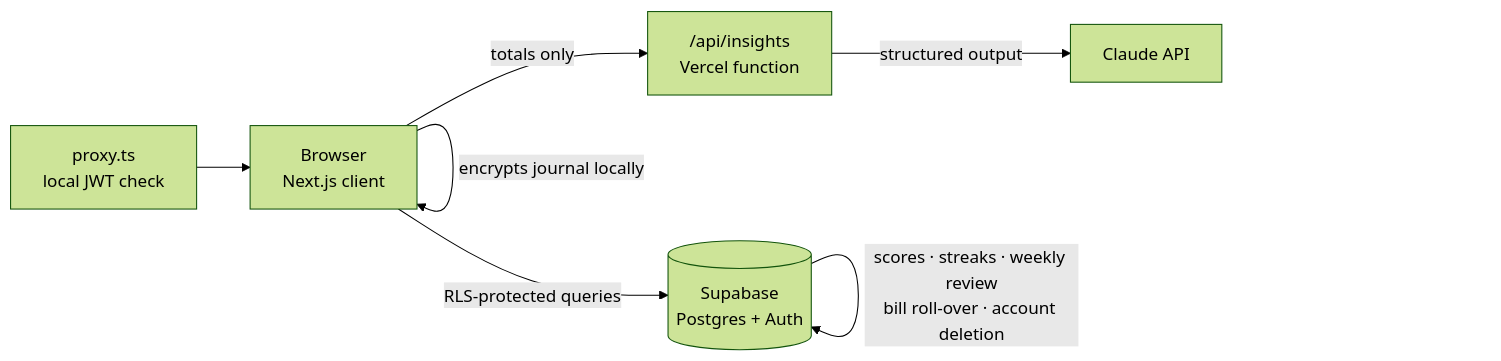
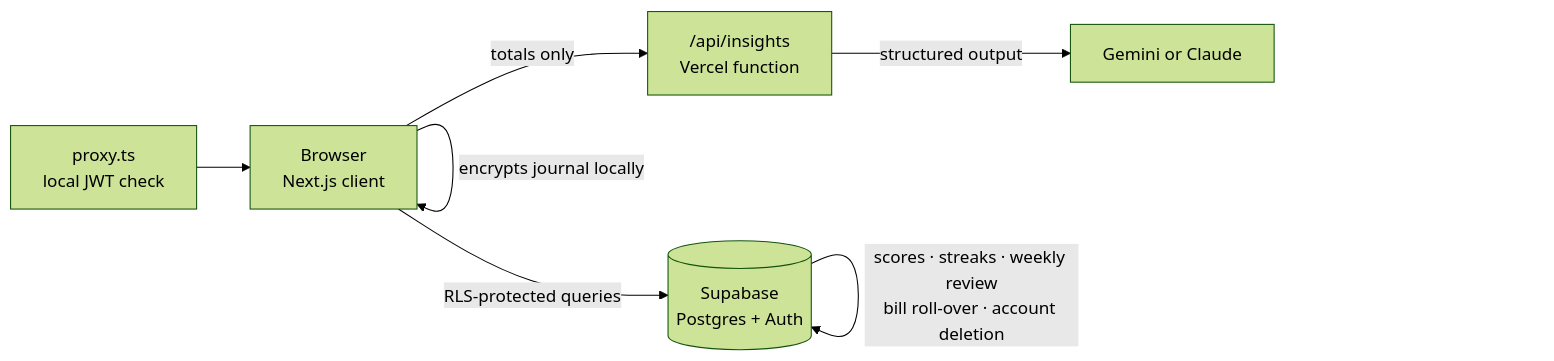
The diagram in README.md (kirangautham-82899/Dovie), drawn with Mermaid (forest theme) before and after one commit. The commit also changed other lines of this file and 4 other files, not shown here.

First line of the commit message:
feat(ai): run Ask Dovie on Gemini when GEMINI_API_KEY is set

````diff
--- a/README.md
+++ b/README.md
@@ -104,9 +104,9 @@
 ```mermaid
 flowchart LR
     U[Browser<br/>Next.js client] -->|RLS-protected queries| S[(Supabase<br/>Postgres + Auth)]
     U -->|encrypts journal locally| U
     U -->|totals only| A["/api/insights<br/>Vercel function"]
-    A -->|structured output| C[Claude API]
+    A -->|structured output| C[Gemini or Claude]
     P[proxy.ts<br/>local JWT check] --> U
     S -->|scores · streaks · weekly review<br/>bill roll-over · account deletion| S
 ```
````
